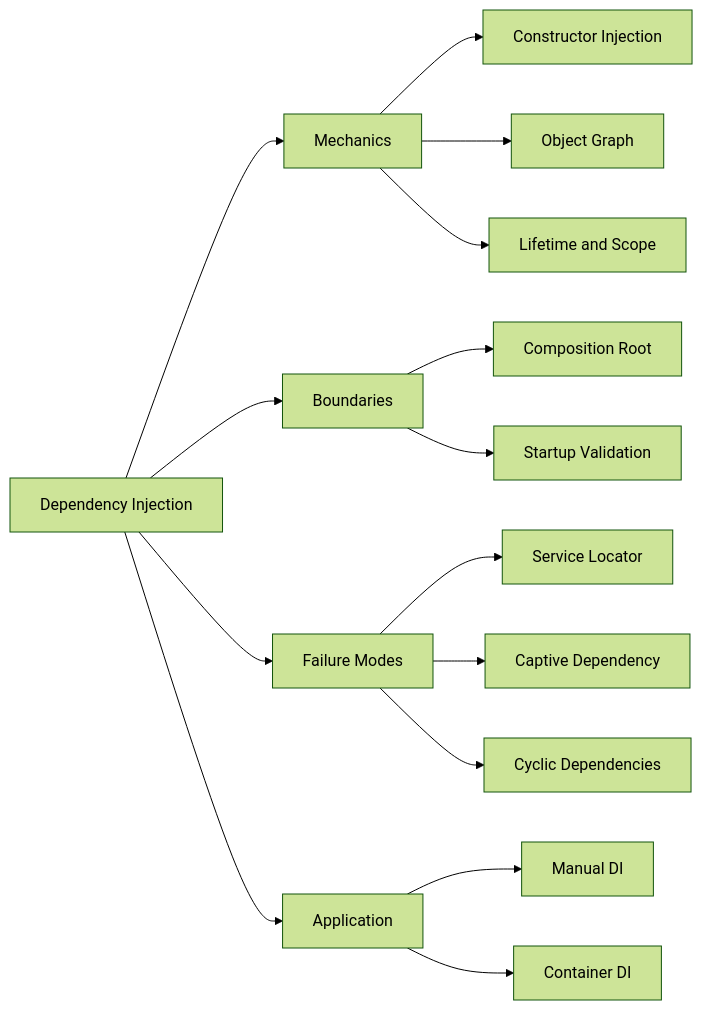
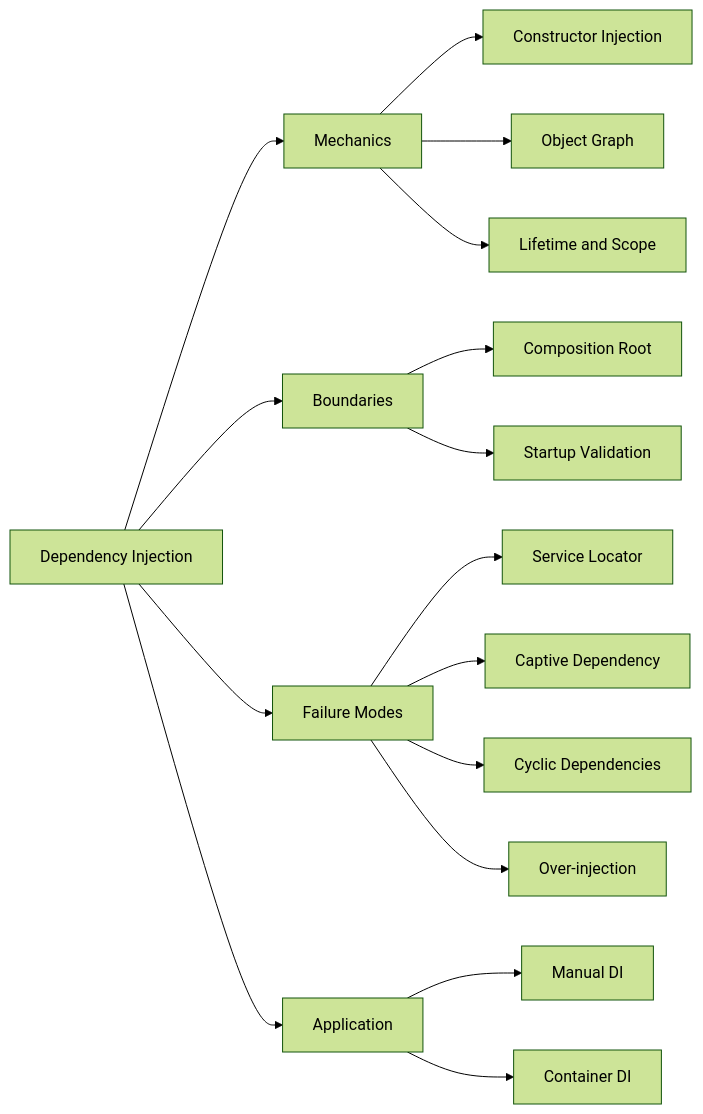
One commit to jeff-adkisson/swe-4743-spring-2026-oo-design changed diagram 21 of 22 in presentations/10-dependency-injection.md. Above: the diagram before and after it, drawn with Mermaid (forest theme). The commit also changed other lines of this file, not shown here.

````diff
--- a/presentations/10-dependency-injection.md
+++ b/presentations/10-dependency-injection.md
@@ -1293,22 +1292,23 @@
 ```mermaid
 flowchart LR
     DI[Dependency Injection]
     DI --> MECH[Mechanics]
     DI --> BOUND[Boundaries]
     DI --> RISKS[Failure Modes]
     DI --> APPLY[Application]
 
     MECH --> CI[Constructor Injection]
     MECH --> OG2[Object Graph]
     MECH --> LIF[Lifetime and Scope]
 
     BOUND --> CR2[Composition Root]
     BOUND --> START[Startup Validation]
 
     RISKS --> SL[Service Locator]
     RISKS --> CAP[Captive Dependency]
     RISKS --> CYCLE[Cyclic Dependencies]
+    RISKS --> OVR[Over-injection]
 
     APPLY --> MAN[Manual DI]
     APPLY --> CONT[Container DI]
 ```
````
